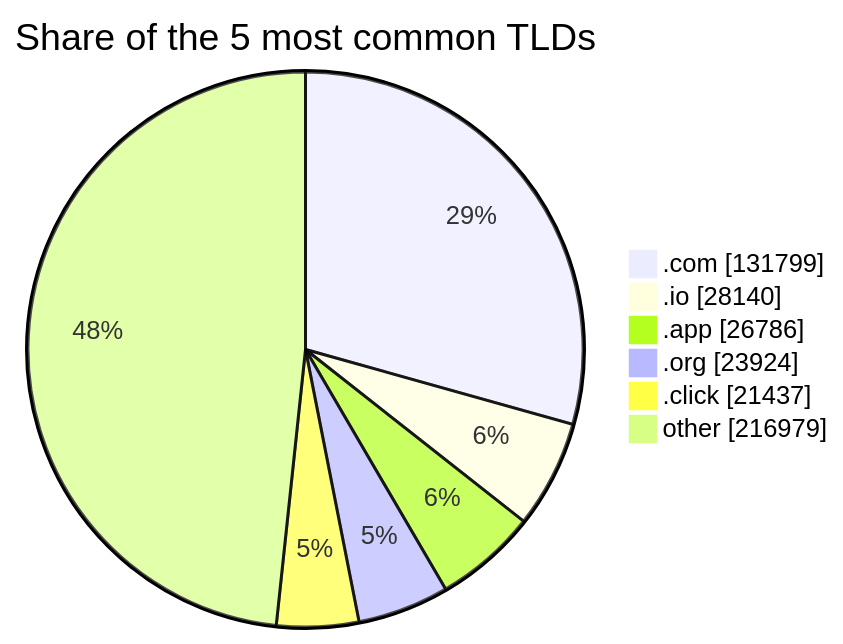
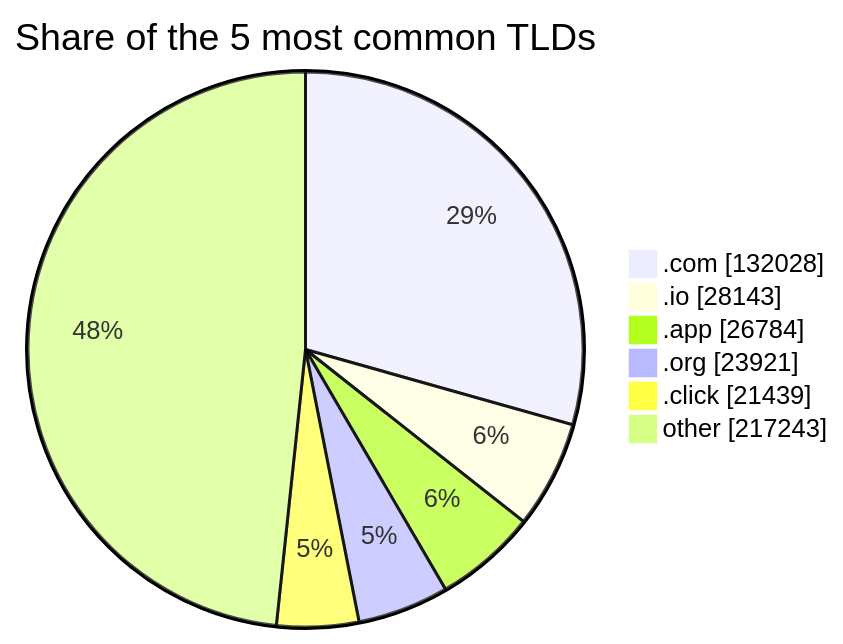
The third of 3 diagrams in README.md (DNSBunker/CTI), drawn with Mermaid before and after one commit. The commit also changed other lines of this file and 3 other files, not shown here.

````diff
--- a/README.md
+++ b/README.md
@@ -81,9 +81,9 @@
 ```mermaid
 pie showData title Share of the 5 most common TLDs
-    ".com" : 131799
-    ".io" : 28140
-    ".app" : 26786
-    ".org" : 23924
-    ".click" : 21437
-    "other" : 216979
+    ".com" : 132028
+    ".io" : 28143
+    ".app" : 26784
+    ".org" : 23921
+    ".click" : 21439
+    "other" : 217243
 ```
````
